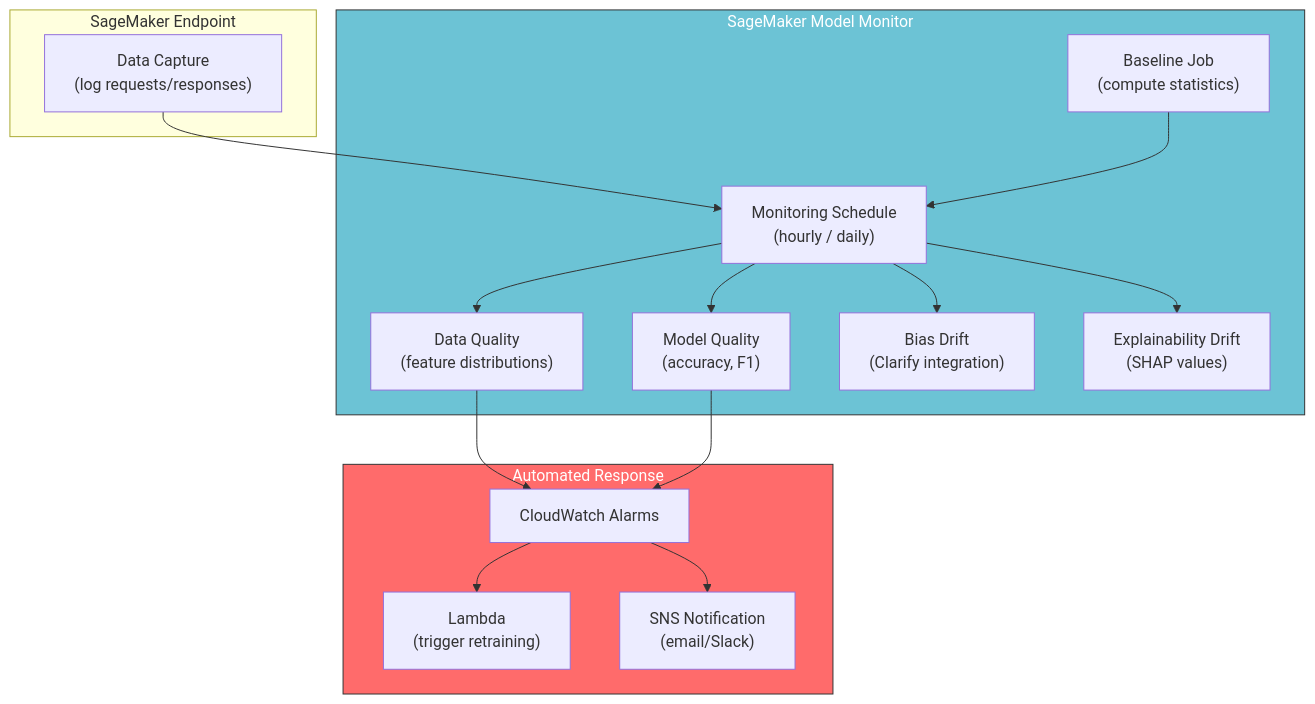
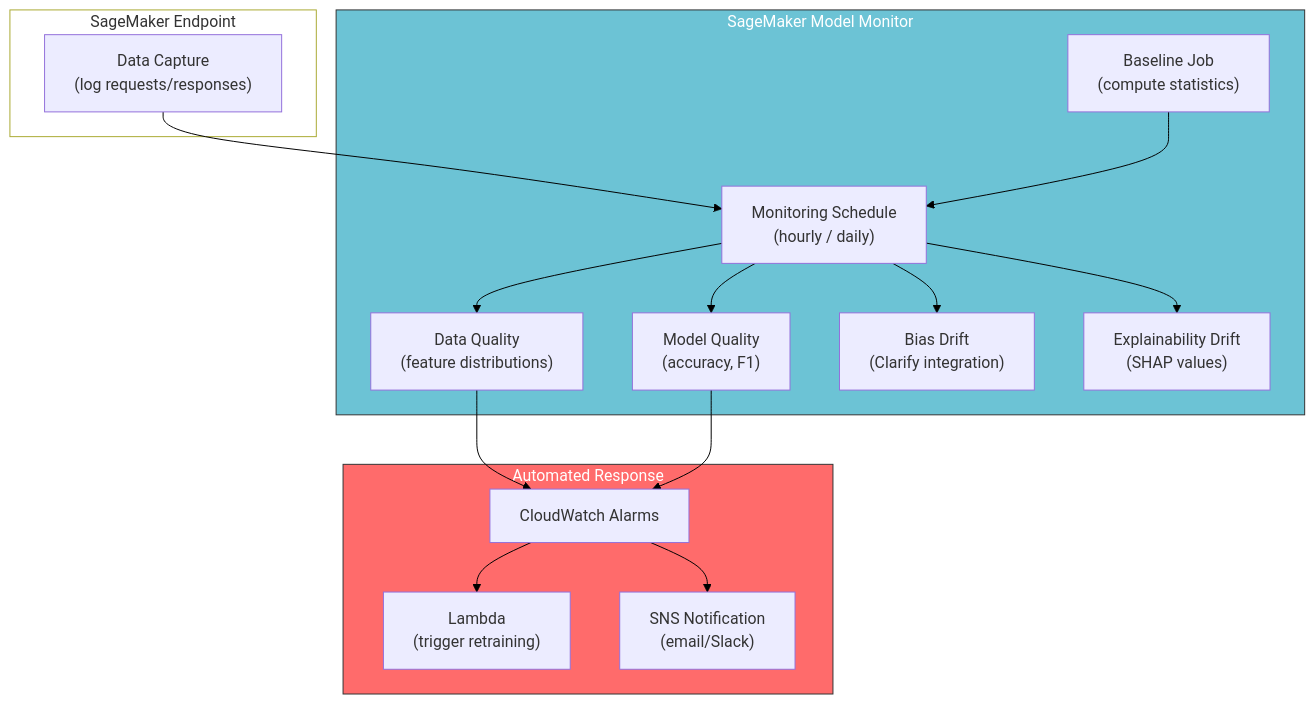
The sixth of 10 diagrams in posts/aiops-interview/MLOps-Interview-QA-4.qmd (tanquangduong/tanquangduong.github.io), drawn with Mermaid before and after one commit. The commit also changed other lines of this file and 204 other files, not shown here.

````diff
--- a/posts/aiops-interview/MLOps-Interview-QA-4.qmd
+++ b/posts/aiops-interview/MLOps-Interview-QA-4.qmd
@@ -652,36 +660,38 @@
 ```{mermaid}
 graph TD
+    linkStyle default stroke:#000,color:#000
     subgraph Endpoint["SageMaker Endpoint"]
         CAPTURE["Data Capture<br/>(log requests/responses)"]
     end
 
     subgraph Monitor["SageMaker Model Monitor"]
         BASELINE["Baseline Job<br/>(compute statistics)"]
         SCHEDULE["Monitoring Schedule<br/>(hourly / daily)"]
         DQ["Data Quality<br/>(feature distributions)"]
         MQ["Model Quality<br/>(accuracy, F1)"]
         BIAS["Bias Drift<br/>(Clarify integration)"]
         EXPLAIN["Explainability Drift<br/>(SHAP values)"]
     end
 
     subgraph Actions["Automated Response"]
         CW_ALARM["CloudWatch Alarms"]
         LAMBDA_ACT["Lambda<br/>(trigger retraining)"]
         SNS["SNS Notification<br/>(email/Slack)"]
     end
 
     CAPTURE --> SCHEDULE
     BASELINE --> SCHEDULE
     SCHEDULE --> DQ
     SCHEDULE --> MQ
     SCHEDULE --> BIAS
     SCHEDULE --> EXPLAIN
 
     DQ --> CW_ALARM
     MQ --> CW_ALARM
     CW_ALARM --> LAMBDA_ACT
     CW_ALARM --> SNS
 
     style Monitor fill:#6cc3d5,stroke:#333,color:#fff
     style Actions fill:#ff6b6b,stroke:#333,color:#fff
+    style Endpoint fill:#fff
 ```
````
